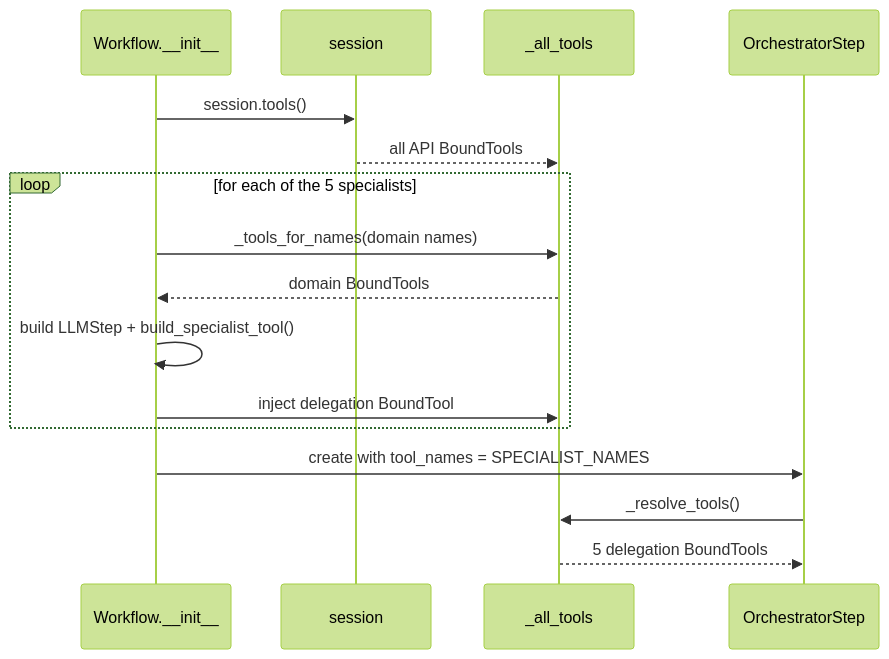
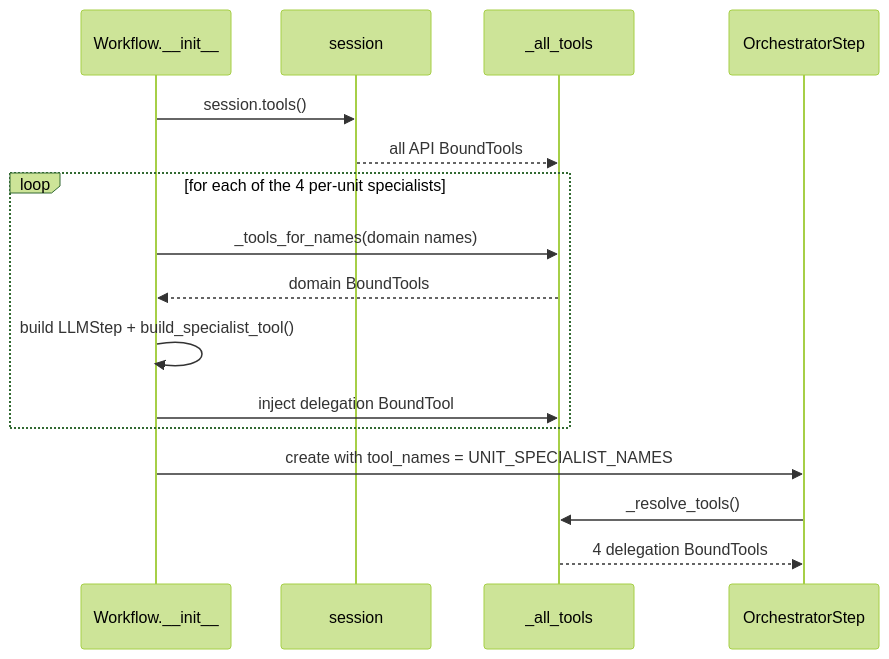
Before and after one commit to Congiuntivo/cams-nli-engine: the second of 3 diagrams in docs/design/workflow_layer/one_shot_llm.md, drawn with Mermaid (forest theme). The commit also changed other lines of this file and 12 other files, not shown here.

Commit message:
feat: add extraction step and per-unit orchestrator loop

````diff
--- a/docs/design/workflow_layer/one_shot_llm.md
+++ b/docs/design/workflow_layer/one_shot_llm.md
@@ -110,21 +137,21 @@
 ```mermaid
 sequenceDiagram
     participant W as Workflow.__init__
     participant S as session
     participant AT as _all_tools
     participant O as OrchestratorStep
 
     W->>S: session.tools()
     S-->>AT: all API BoundTools
 
-    loop for each of the 5 specialists
+    loop for each of the 4 per-unit specialists
         W->>AT: _tools_for_names(domain names)
         AT-->>W: domain BoundTools
         W->>W: build LLMStep + build_specialist_tool()
         W->>AT: inject delegation BoundTool
     end
 
-    W->>O: create with tool_names = SPECIALIST_NAMES
+    W->>O: create with tool_names = UNIT_SPECIALIST_NAMES
     O->>AT: _resolve_tools()
-    AT-->>O: 5 delegation BoundTools
+    AT-->>O: 4 delegation BoundTools
 ```
````
